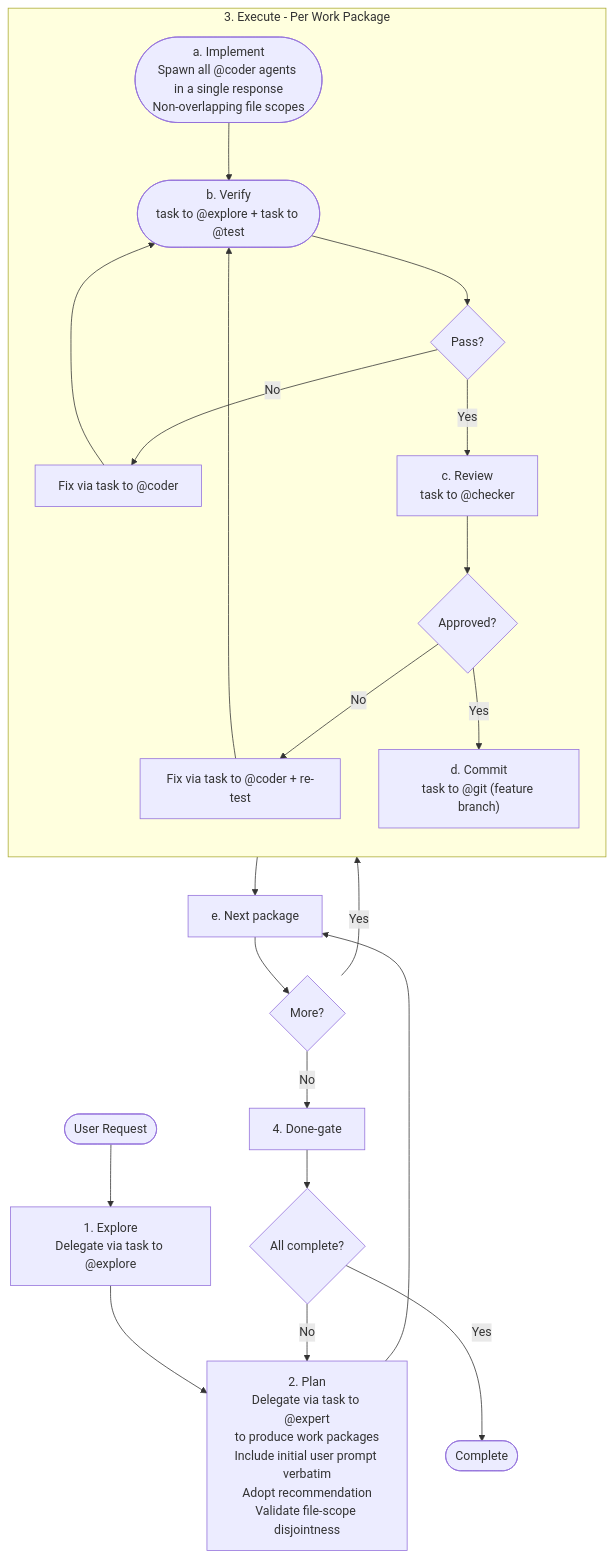
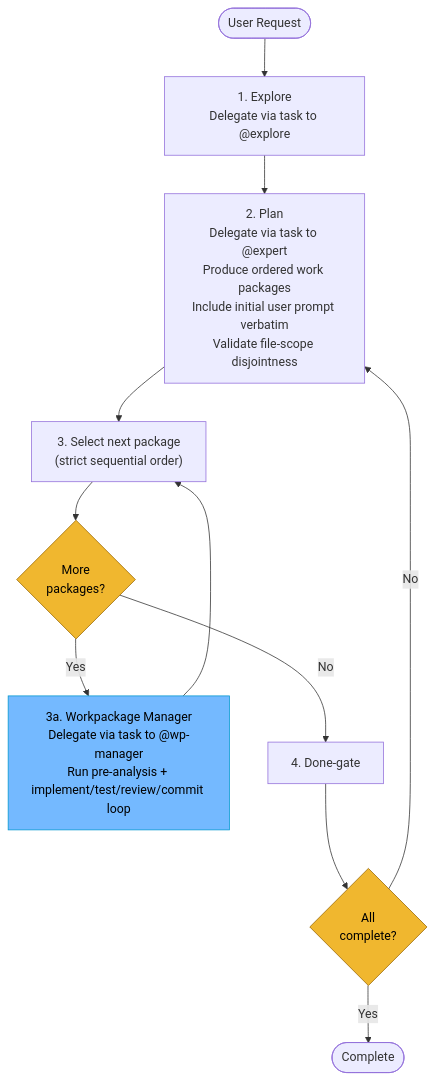
One commit to juliankahlert/opencode-config changed the diagram in pages/src/absurd/autonom.md. Above: the diagram before and after it, drawn with Mermaid. The commit also changed other lines of this file and 7 other files, not shown here.

````diff
--- a/pages/src/absurd/autonom.md
+++ b/pages/src/absurd/autonom.md
@@ -29,28 +31,30 @@
 ```mermaid
 flowchart TD
     START([User Request]) --> EXPLORE
-    EXPLORE["<span>1.</span> Explore<br/>Delegate via task to @explore"] --> PLAN
 
-    PLAN["<span>2.</span> Plan<br/>Delegate via task to @expert<br/>to produce work packages<br/>Include initial user prompt verbatim<br/>Adopt recommendation<br/>Validate file-scope disjointness"] --> NEXT
-    NEXT --> MORE{More?}
-    MORE -->|Yes| EXEC
+    EXPLORE["<span>1.</span> Explore<br/>Delegate via task to @explore"]
+    EXPLORE --> PLAN
 
-    subgraph EXEC ["<span>3.</span> Execute - Per Work Package"]
-        direction TB
-        IMPL(["<span>a.</span> Implement<br/>Spawn all @coder agents in a single response<br/>Non-overlapping file scopes"]) --> VERIFY
-        VERIFY(["<span>b.</span> Verify<br/>task to @explore + task to @test"]) --> VPASS{Pass?}
-        VPASS -->|No| FIX1[Fix via task to @coder] --> VERIFY
-        VPASS -->|Yes| REVIEW
-        REVIEW["<span>c.</span> Review<br/>task to @checker"] --> RPASS{Approved?}
-        RPASS -->|No| FIX2[Fix via task to @coder + re-test] --> VERIFY
-        RPASS -->|Yes| COMMIT
-        COMMIT["<span>d.</span> Commit<br/>task to @git (feature branch)"]
-    end
+    PLAN["<span>2.</span> Plan<br/>Delegate via task to @expert<br/>Produce ordered work packages<br/>Include initial user prompt verbatim<br/>Validate file-scope disjointness"]
+    PLAN --> NEXT
 
+    NEXT["<span>3.</span> Select next package<br/>(strict sequential order)"]
+    NEXT --> MORE{More<br/>packages?}
+    MORE -->|Yes| WPM
+
+    WPM["<span>3a.</span> Workpackage Manager<br/>Delegate via task to @wp-manager<br/>Run pre-analysis + implement/test/review/commit loop"]
+
+    WPM --> NEXT
     MORE -->|No| DONE
-    COMMIT --> NEXT["<span>e.</span> Next package"]
 
-    DONE["<span>4.</span> Done-gate"] --> CHECK{All complete?}
+    DONE["<span>4.</span> Done-gate"]
+    DONE --> CHECK{All<br/>complete?}
     CHECK -->|No| PLAN
     CHECK -->|Yes| END([Complete])
+
+    classDef loop fill:#74b9ff,stroke:#0096cf,color:#000
+    classDef gate fill:#f0b72f,stroke:#9a6700,color:#000
+
+    class WPM loop
+    class MORE,CHECK gate
 ```
````
